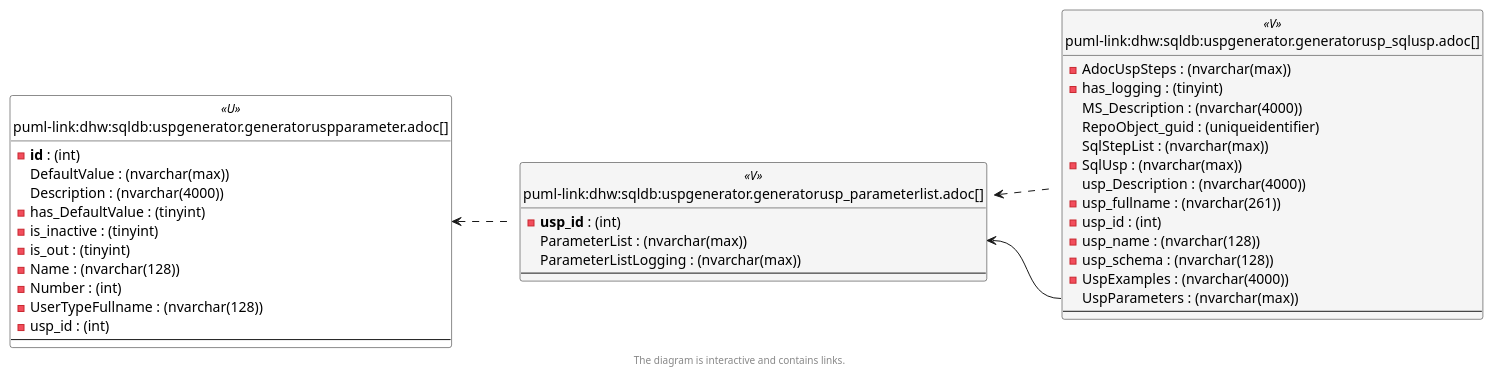
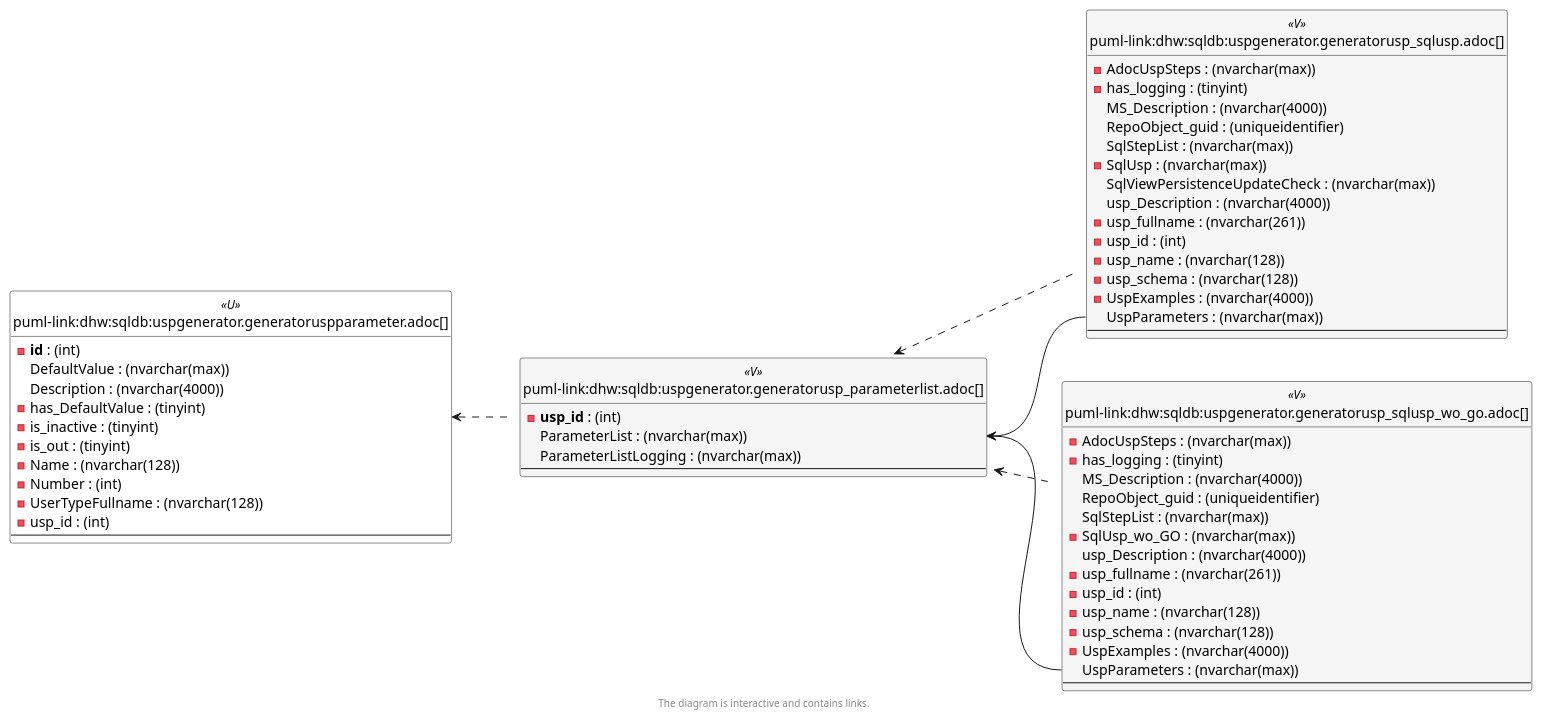
The sixth of 6 diagrams in docs/modules/sqldb/partials/content/uspgenerator.generatorusp_parameterlist.adoc (DataHandwerk/dhw-antora-sqldb), drawn with PlantUML before and after one commit. The commit also changed other lines of this file and 701 other files, not shown here.

```diff
--- a/docs/modules/sqldb/partials/content/uspgenerator.generatorusp_parameterlist.adoc
+++ b/docs/modules/sqldb/partials/content/uspgenerator.generatorusp_parameterlist.adoc
@@ -807,6 +819,24 @@
   RepoObject_guid : (uniqueidentifier)
   SqlStepList : (nvarchar(max))
   - SqlUsp : (nvarchar(max))
+  SqlViewPersistenceUpdateCheck : (nvarchar(max))
+  usp_Description : (nvarchar(4000))
+  - usp_fullname : (nvarchar(261))
+  - usp_id : (int)
+  - usp_name : (nvarchar(128))
+  - usp_schema : (nvarchar(128))
+  - UspExamples : (nvarchar(4000))
+  UspParameters : (nvarchar(max))
+  --
+}
+
+entity "puml-link:dhw:sqldb:uspgenerator.generatorusp_sqlusp_wo_go.adoc[]" as uspgenerator.GeneratorUsp_SqlUsp_wo_GO << V >> {
+  - AdocUspSteps : (nvarchar(max))
+  - has_logging : (tinyint)
+  MS_Description : (nvarchar(4000))
+  RepoObject_guid : (uniqueidentifier)
+  SqlStepList : (nvarchar(max))
+  - SqlUsp_wo_GO : (nvarchar(max))
   usp_Description : (nvarchar(4000))
   - usp_fullname : (nvarchar(261))
   - usp_id : (int)
@@ -832,8 +862,10 @@
 }
 
 uspgenerator.GeneratorUsp_ParameterList <.. uspgenerator.GeneratorUsp_SqlUsp
+uspgenerator.GeneratorUsp_ParameterList <.. uspgenerator.GeneratorUsp_SqlUsp_wo_GO
 uspgenerator.GeneratorUspParameter <.. uspgenerator.GeneratorUsp_ParameterList
 "uspgenerator.GeneratorUsp_ParameterList::ParameterList" <-- "uspgenerator.GeneratorUsp_SqlUsp::UspParameters"
+"uspgenerator.GeneratorUsp_ParameterList::ParameterList" <-- "uspgenerator.GeneratorUsp_SqlUsp_wo_GO::UspParameters"
 
 footer The diagram is interactive and contains links.
 
```
